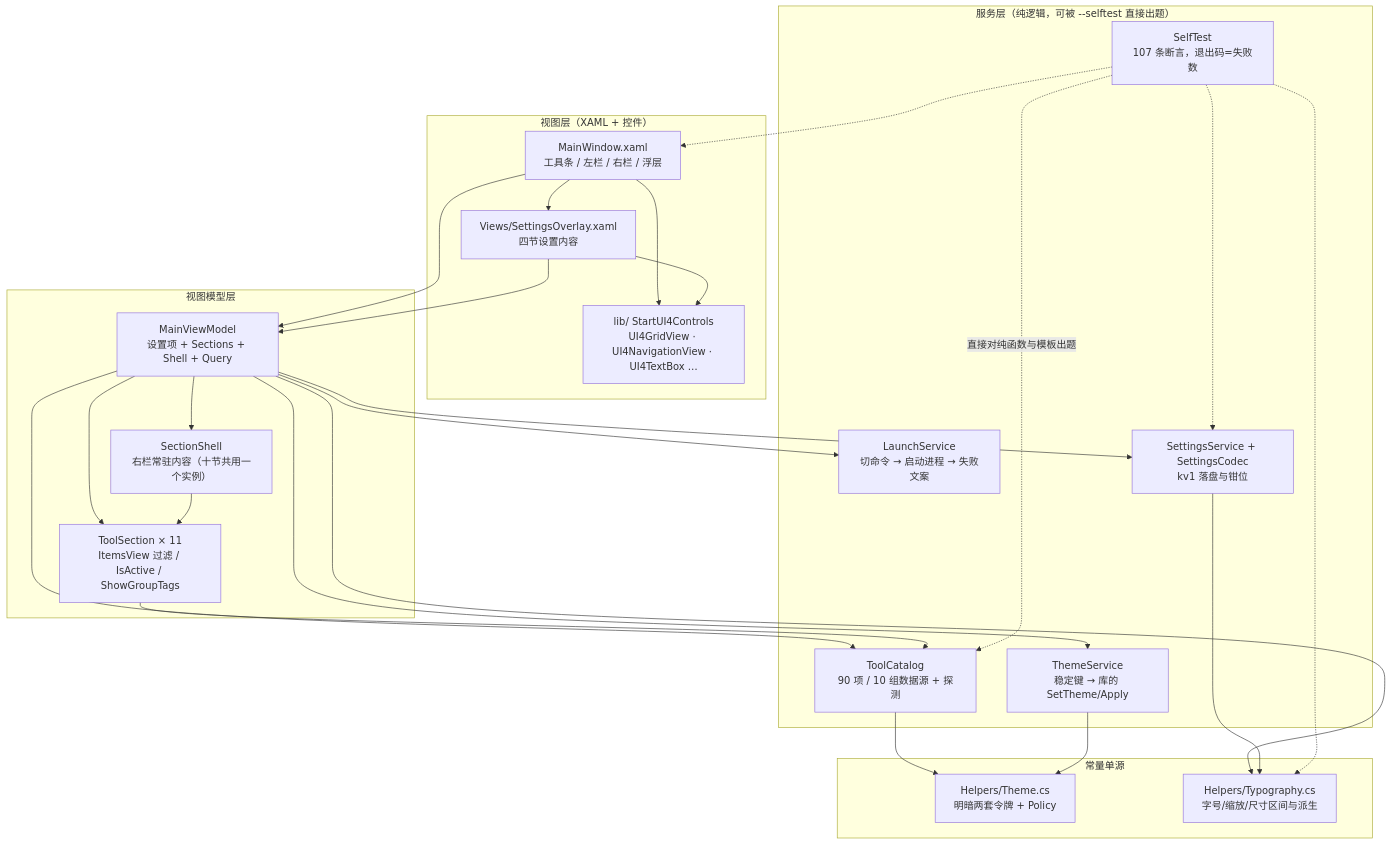
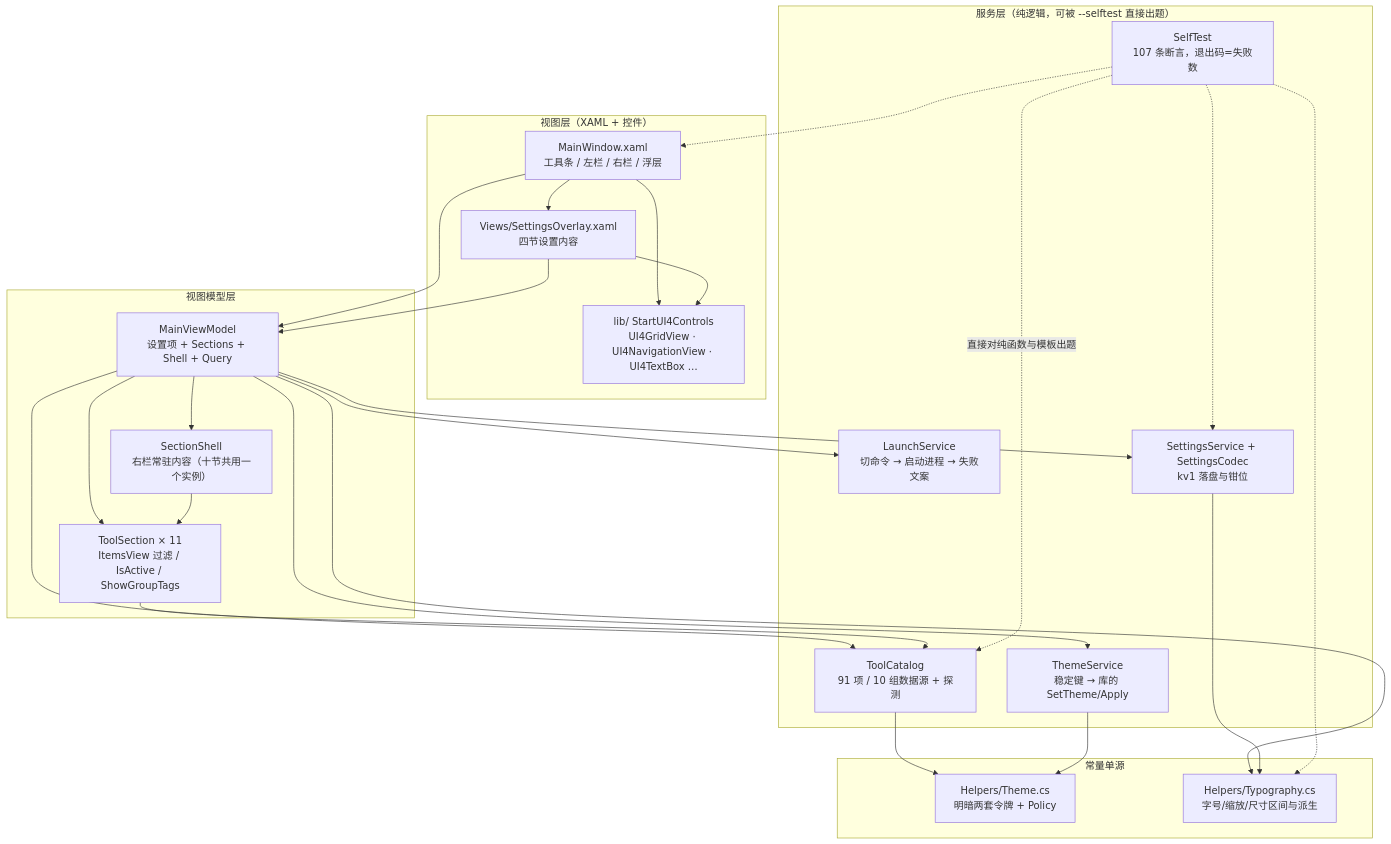
The first of 12 diagrams in WPF_dotnet10/示例项目3（Windows快捷工具面板）/QuickPanel/README.md (MagicFollower/winapp_webapp_skills), drawn with Mermaid before and after one commit. The commit also changed other lines of this file and 172 other files, not shown here.

````diff
--- a/WPF_dotnet10/示例项目3（Windows快捷工具面板）/QuickPanel/README.md
+++ b/WPF_dotnet10/示例项目3（Windows快捷工具面板）/QuickPanel/README.md
@@ -90,49 +90,49 @@
 ```mermaid
 flowchart TD
     subgraph VIEW["视图层（XAML + 控件）"]
         MW["MainWindow.xaml<br/>工具条 / 左栏 / 右栏 / 浮层"]
         SO["Views/SettingsOverlay.xaml<br/>四节设置内容"]
         LIB["lib/ StartUI4Controls<br/>UI4GridView · UI4NavigationView · UI4TextBox …"]
     end
 
     subgraph VM["视图模型层"]
         MAINVM["MainViewModel<br/>设置项 + Sections + Shell + Query"]
         SEC["ToolSection × 11<br/>ItemsView 过滤 / IsActive / ShowGroupTags"]
         SH["SectionShell<br/>右栏常驻内容（十节共用一个实例）"]
     end
 
     subgraph SVC["服务层（纯逻辑，可被 --selftest 直接出题）"]
-        CAT["ToolCatalog<br/>90 项 / 10 组数据源 + 探测"]
+        CAT["ToolCatalog<br/>91 项 / 10 组数据源 + 探测"]
         LAUNCH["LaunchService<br/>切命令 → 启动进程 → 失败文案"]
         SETT["SettingsService + SettingsCodec<br/>kv1 落盘与钳位"]
         THS["ThemeService<br/>稳定键 → 库的 SetTheme/Apply"]
         ST["SelfTest<br/>107 条断言，退出码=失败数"]
     end
 
     subgraph HELP["常量单源"]
         TH["Helpers/Theme.cs<br/>明暗两套令牌 + Policy"]
         TY["Helpers/Typography.cs<br/>字号/缩放/尺寸区间与派生"]
     end
 
     MW --> MAINVM
     MW --> SO
     SO --> MAINVM
     MW --> LIB
     SO --> LIB
     MAINVM --> SEC
     MAINVM --> SH
     SH --> SEC
     MAINVM --> CAT
     MAINVM --> LAUNCH
     MAINVM --> SETT
     MAINVM --> THS
     MAINVM --> TY
     SEC --> CAT
     CAT --> TH
     THS --> TH
     SETT --> TY
     ST -.->|"直接对纯函数与模板出题"| CAT
     ST -.-> SETT
     ST -.-> TY
     ST -.-> MW
 ```
````
